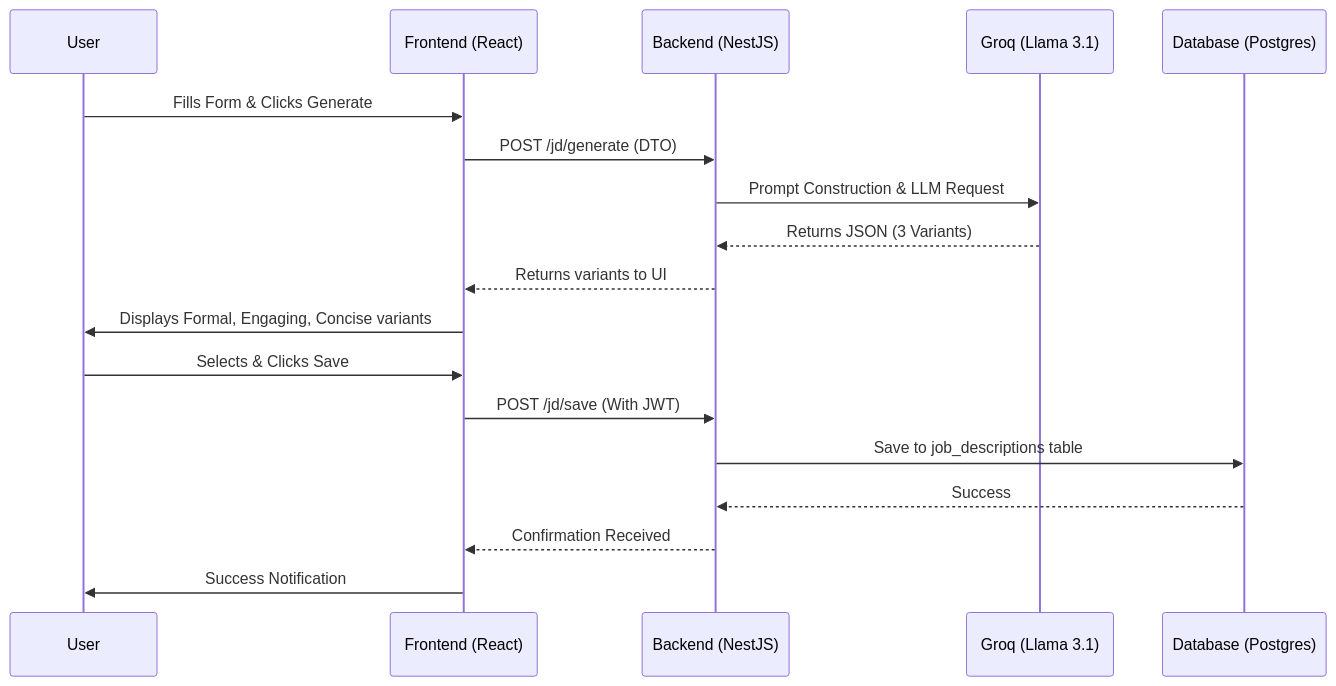
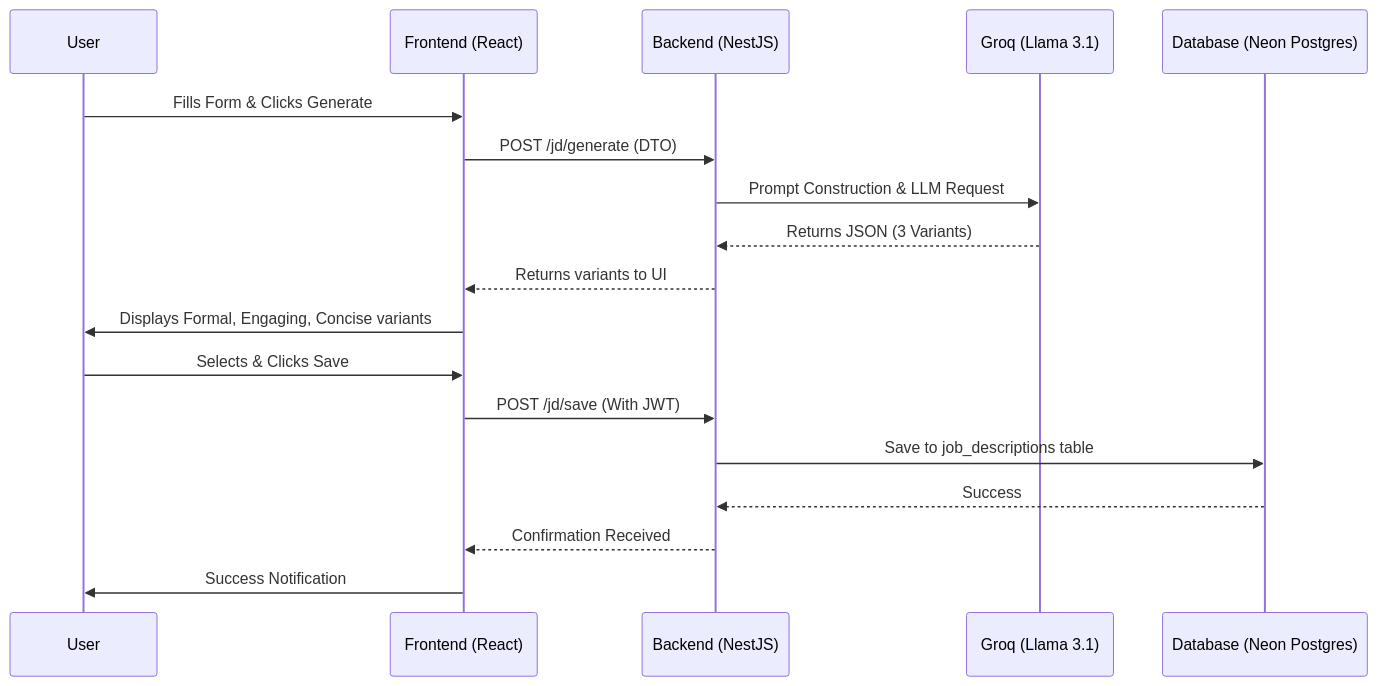
Before and after one commit to Abhaykalshetti/JD-creator-project: the second of 2 diagrams in PROJECT_DOCUMENTATION.md, drawn with Mermaid. The commit also changed other lines of this file, not shown here.

````diff
--- a/PROJECT_DOCUMENTATION.md
+++ b/PROJECT_DOCUMENTATION.md
@@ -93,22 +94,22 @@
 ```mermaid
 sequenceDiagram
     participant U as User
     participant F as Frontend (React)
     participant B as Backend (NestJS)
     participant A as Groq (Llama 3.1)
-    participant D as Database (Postgres)
+    participant D as Database (Neon Postgres)
 
     U->>F: Fills Form & Clicks Generate
     F->>B: POST /jd/generate (DTO)
     B->>A: Prompt Construction & LLM Request
     A-->>B: Returns JSON (3 Variants)
     B-->>F: Returns variants to UI
     F->>U: Displays Formal, Engaging, Concise variants
     
     U->>F: Selects & Clicks Save
     F->>B: POST /jd/save (With JWT)
     B->>D: Save to job_descriptions table
     D-->>B: Success
     B-->>F: Confirmation Received
     F->>U: Success Notification
 ```
````
